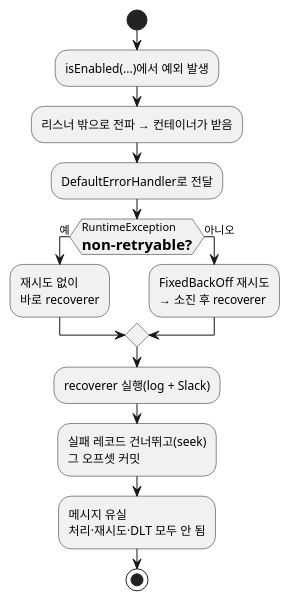
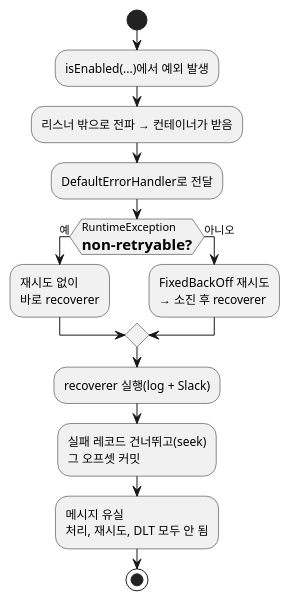
The diagram in blog/2026-10-27-spring-kafka-manual-ack-error-offset-commit.mdx (johnycho/johny-dev), drawn with PlantUML before and after one commit. The commit also changed other lines of this file and 188 other files, not shown here.

````diff
--- a/blog/2026-10-27-spring-kafka-manual-ack-error-offset-commit.mdx
+++ b/blog/2026-10-27-spring-kafka-manual-ack-error-offset-commit.mdx
@@ -122,19 +122,19 @@
 ```plantuml
 @startuml
 skinparam shadowing false
 skinparam defaultFontName sans-serif
 start
 :isEnabled(...)에서 예외 발생;
 :리스너 밖으로 전파 → 컨테이너가 받음;
 :DefaultErrorHandler로 전달;
 if (RuntimeException\n= non-retryable?) then (예)
   :재시도 없이\n바로 recoverer;
 else (아니오)
   :FixedBackOff 재시도\n→ 소진 후 recoverer;
 endif
 :recoverer 실행(log + Slack);
 :실패 레코드 건너뛰고(seek)\n그 오프셋 커밋;
-:메시지 유실\n처리·재시도·DLT 모두 안 됨;
+:메시지 유실\n처리, 재시도, DLT 모두 안 됨;
 stop
 @enduml
 ```
````
